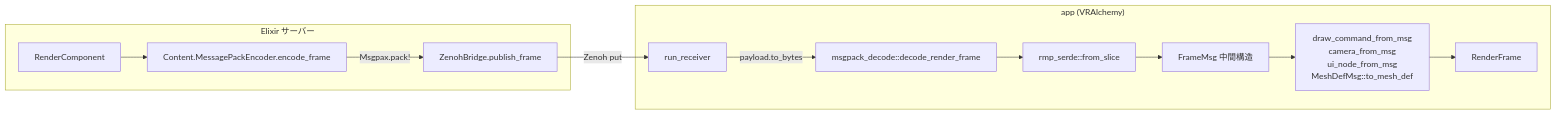
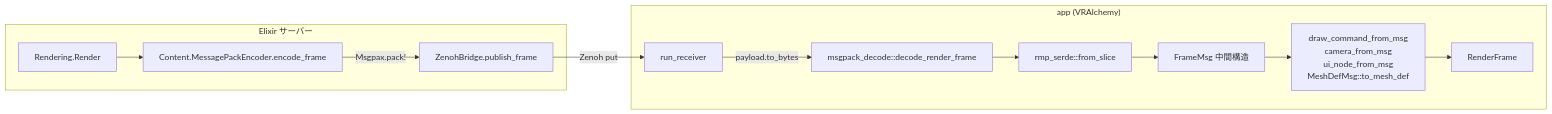
One commit to FRICK-ELDY/alchemy-engine changed the third of 9 diagrams in docs/architecture/rust/desktop_client.md. Above: the diagram before and after it, drawn with Mermaid. The commit also changed 3 other files, not shown here.

````diff
--- a/docs/architecture/rust/desktop_client.md
+++ b/docs/architecture/rust/desktop_client.md
@@ -78,26 +78,26 @@
 ```mermaid
 flowchart LR
     subgraph Server["Elixir サーバー"]
-        RC[RenderComponent]
+        RC[Rendering.Render]
         MPE[Content.MessagePackEncoder.encode_frame]
         ZB[ZenohBridge.publish_frame]
     end
 
     subgraph Client["app (VRAlchemy)"]
         Recv[run_receiver]
         Decode[msgpack_decode::decode_render_frame]
         FromSlice[rmp_serde::from_slice]
         FrameMsg[FrameMsg 中間構造]
         Convert[draw_command_from_msg<br/>camera_from_msg<br/>ui_node_from_msg<br/>MeshDefMsg::to_mesh_def]
         RF[RenderFrame]
     end
 
     RC --> MPE
     MPE -->|Msgpax.pack!| ZB
     ZB -->|Zenoh put| Recv
     Recv -->|payload.to_bytes| Decode
     Decode --> FromSlice
     FromSlice --> FrameMsg
     FrameMsg --> Convert
     Convert --> RF
 ```
````
